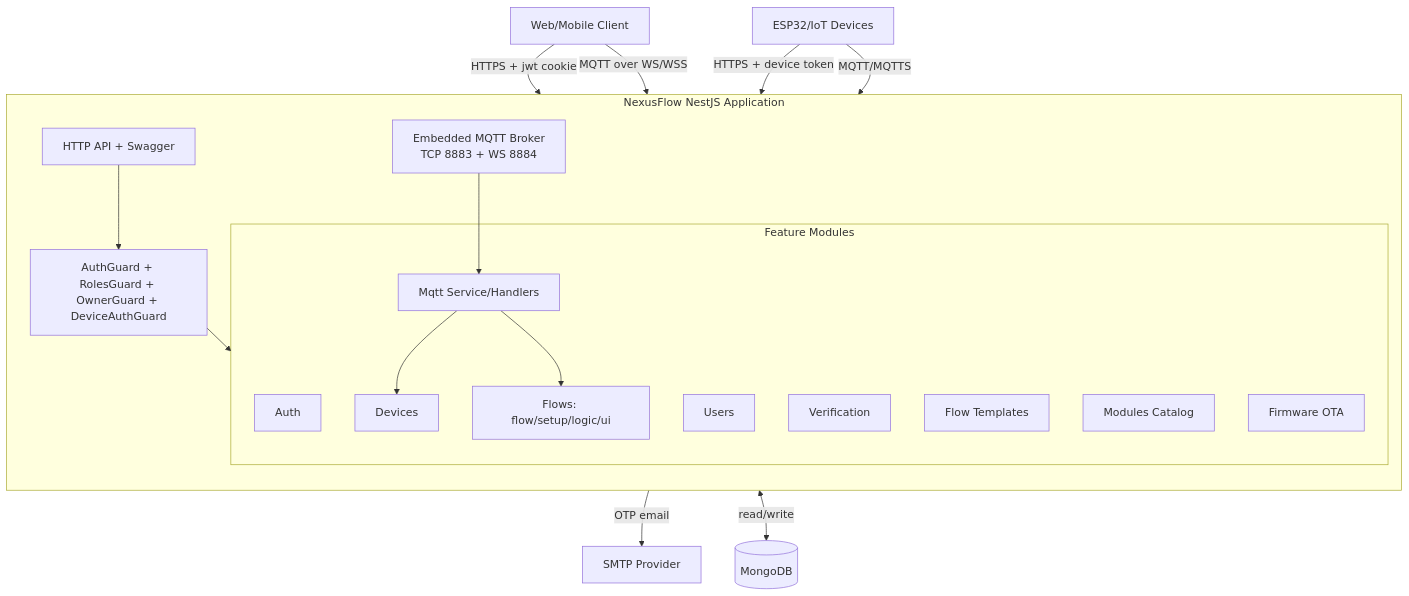
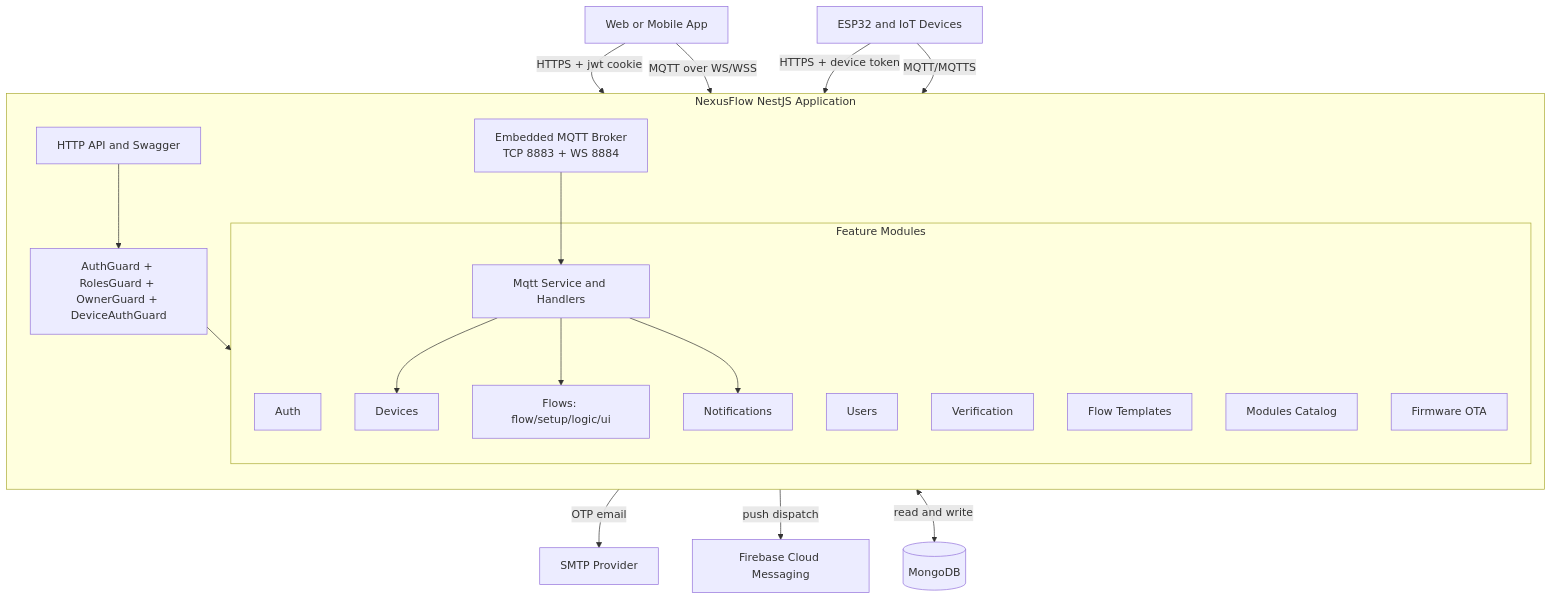
Before and after one commit to ahmed-atef-gad/nexusflow-backend: the first of 5 diagrams in docs/arch.md, drawn with Mermaid. The commit also changed other lines of this file and 3 other files, not shown here.

Commit message:
feat(notifications): add comprehensive notification system documentation and update architecture diagrams

````diff
--- a/docs/arch.md
+++ b/docs/arch.md
@@ -5,42 +5,46 @@
 ```mermaid
 graph TD
-    Web[Web/Mobile Client]
-    IoT[ESP32/IoT Devices]
+    Web[Web or Mobile App]
+    IoT[ESP32 and IoT Devices]
     SMTP[SMTP Provider]
+    FCM[Firebase Cloud Messaging]
     DB[(MongoDB)]
 
     subgraph API[NexusFlow NestJS Application]
         direction TB
 
-        REST[HTTP API + Swagger]
+        REST[HTTP API and Swagger]
         Broker[Embedded MQTT Broker<br/>TCP 8883 + WS 8884]
         Guards[AuthGuard + RolesGuard + OwnerGuard + DeviceAuthGuard]
 
         subgraph Modules[Feature Modules]
             Auth[Auth]
             Users[Users]
             Verification[Verification]
             Devices[Devices]
             Flows[Flows: flow/setup/logic/ui]
             Templates[Flow Templates]
             Catalog[Modules Catalog]
             Firmware[Firmware OTA]
-            Mqtt[Mqtt Service/Handlers]
+            Mqtt[Mqtt Service and Handlers]
+            Notifications[Notifications]
         end
     end
 
     Web -->|HTTPS + jwt cookie| REST
     IoT -->|HTTPS + device token| REST
     IoT -->|MQTT/MQTTS| Broker
     Web -->|MQTT over WS/WSS| Broker
 
     REST --> Guards
     Guards --> Modules
 
     Verification -->|OTP email| SMTP
-    Modules <-->|read/write| DB
+    Notifications -->|push dispatch| FCM
+    Modules <-->|read and write| DB
 
     Broker --> Mqtt
     Mqtt --> Devices
     Mqtt --> Flows
+    Mqtt --> Notifications
 ```
````
